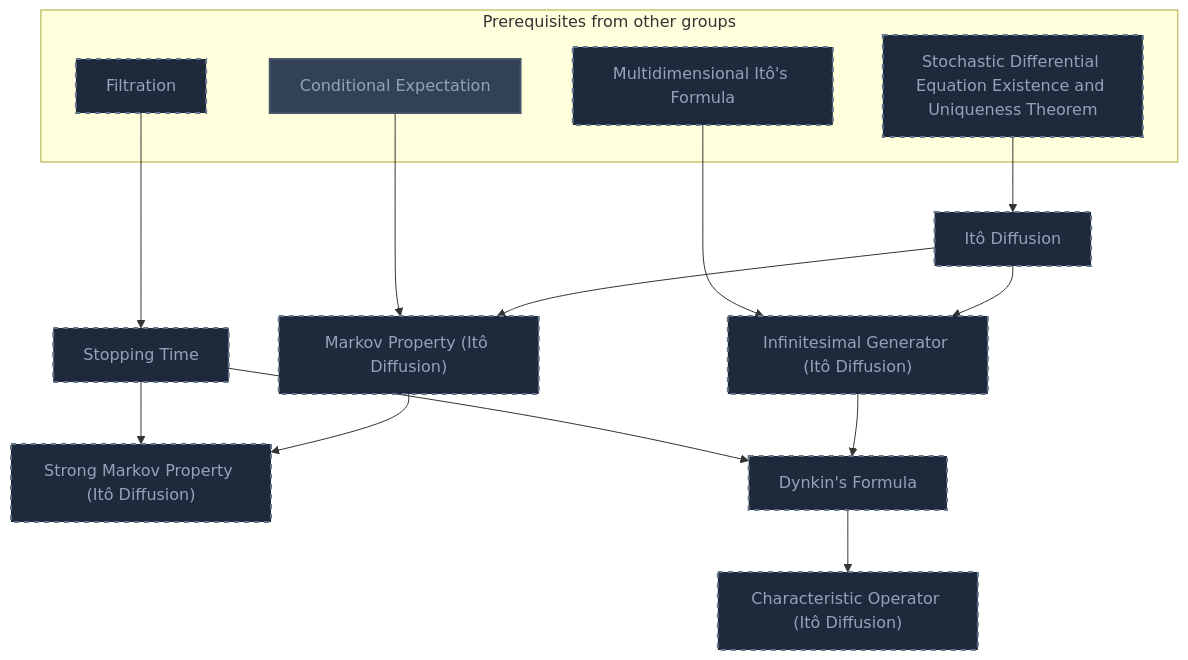
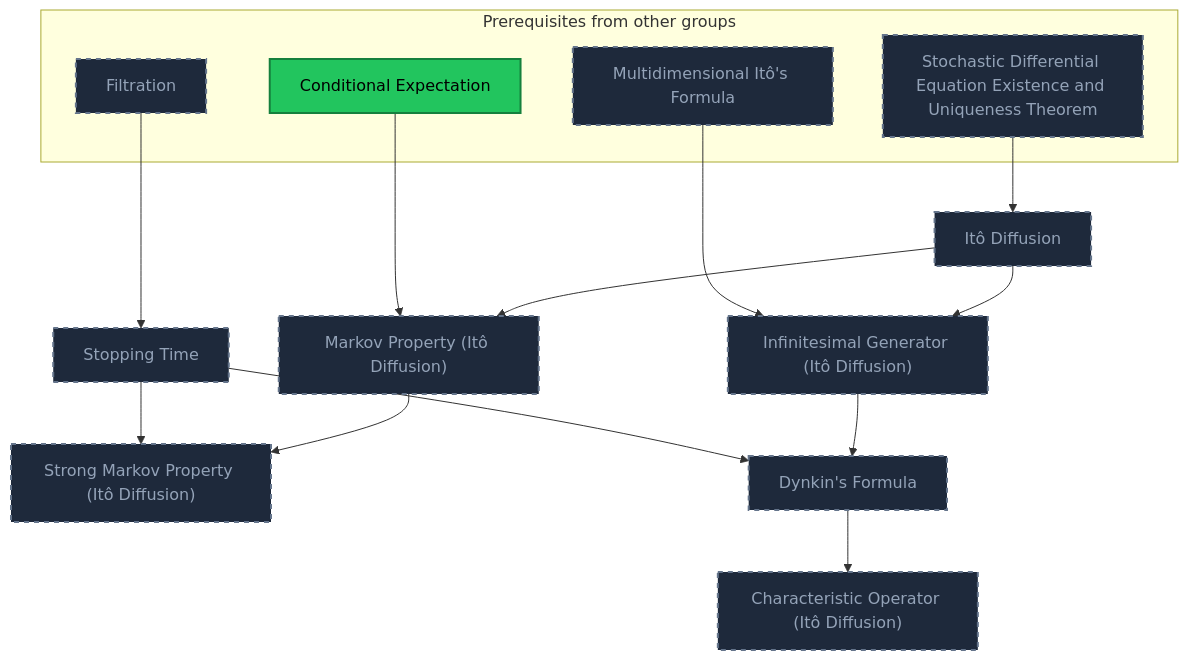
Before and after one commit to MRauf1/My-Notes: the sixth of 11 diagrams in Gamification/Skill Trees/Stochastic Differential Equations.md, drawn with Mermaid. The commit also changed other lines of this file and 42 other files, not shown here.

````diff
--- a/Gamification/Skill Trees/Stochastic Differential Equations.md
+++ b/Gamification/Skill Trees/Stochastic Differential Equations.md
@@ -196,39 +198,39 @@
 ```mermaid
 flowchart TD
     classDef planned fill:#1E293B,stroke:#64748B,stroke-width:2px,stroke-dasharray:5 5,color:#94A3B8;
     classDef locked fill:#334155,stroke:#475569,stroke-width:2px,color:#94A3B8;
     classDef L0 fill:#F1F5F9,stroke:#94A3B8,stroke-width:2px,color:#000000;
     classDef L1 fill:#22C55E,stroke:#15803D,stroke-width:2px,color:#000000;
     classDef L2 fill:#3B82F6,stroke:#1D4ED8,stroke-width:3px,color:#FFFFFF;
     classDef L3 fill:#A855F7,stroke:#6B21A8,stroke-width:3px,color:#FFFFFF,font-weight:bold;
     classDef L4 fill:#F97316,stroke:#C2410C,stroke-width:4px,color:#000000,font-weight:bold;
     classDef L5 fill:#FFD700,stroke:#FF8C00,stroke-width:5px,color:#000000,font-weight:bold;
     classDef rusty stroke:#8B4513,stroke-width:4px,stroke-dasharray:3 3;
     subgraph sg_prereqs["Prerequisites from other groups"]
         n_stochastic_differential_equation_existence_and_uniqueness_theorem["Stochastic Differential Equation Existence and Uniqueness Theorem"]
         n_conditional_expectation["Conditional Expectation"]
         n_filtration["Filtration"]
         n_multidimensional_it_s_formula["Multidimensional Itô's Formula"]
     end
     n_it_diffusion["Itô Diffusion"]
     n_markov_property_it_diffusion["Markov Property (Itô Diffusion)"]
     n_stopping_time["Stopping Time"]
     n_strong_markov_property_it_diffusion["Strong Markov Property (Itô Diffusion)"]
     n_infinitesimal_generator_it_diffusion["Infinitesimal Generator (Itô Diffusion)"]
     n_dynkin_s_formula["Dynkin's Formula"]
     n_characteristic_operator_it_diffusion["Characteristic Operator (Itô Diffusion)"]
     n_stochastic_differential_equation_existence_and_uniqueness_theorem --> n_it_diffusion
     n_it_diffusion --> n_markov_property_it_diffusion
     n_conditional_expectation --> n_markov_property_it_diffusion
     n_filtration --> n_stopping_time
     n_markov_property_it_diffusion --> n_strong_markov_property_it_diffusion
     n_stopping_time --> n_strong_markov_property_it_diffusion
     n_it_diffusion --> n_infinitesimal_generator_it_diffusion
     n_multidimensional_it_s_formula --> n_infinitesimal_generator_it_diffusion
     n_infinitesimal_generator_it_diffusion --> n_dynkin_s_formula
     n_stopping_time --> n_dynkin_s_formula
     n_dynkin_s_formula --> n_characteristic_operator_it_diffusion
     class n_stochastic_differential_equation_existence_and_uniqueness_theorem,n_filtration,n_multidimensional_it_s_formula,n_it_diffusion,n_markov_property_it_diffusion,n_stopping_time,n_strong_markov_property_it_diffusion,n_infinitesimal_generator_it_diffusion,n_dynkin_s_formula,n_characteristic_operator_it_diffusion planned;
-    class n_conditional_expectation locked;
+    class n_conditional_expectation L1;
     class n_conditional_expectation internal-link;
 ```
````
